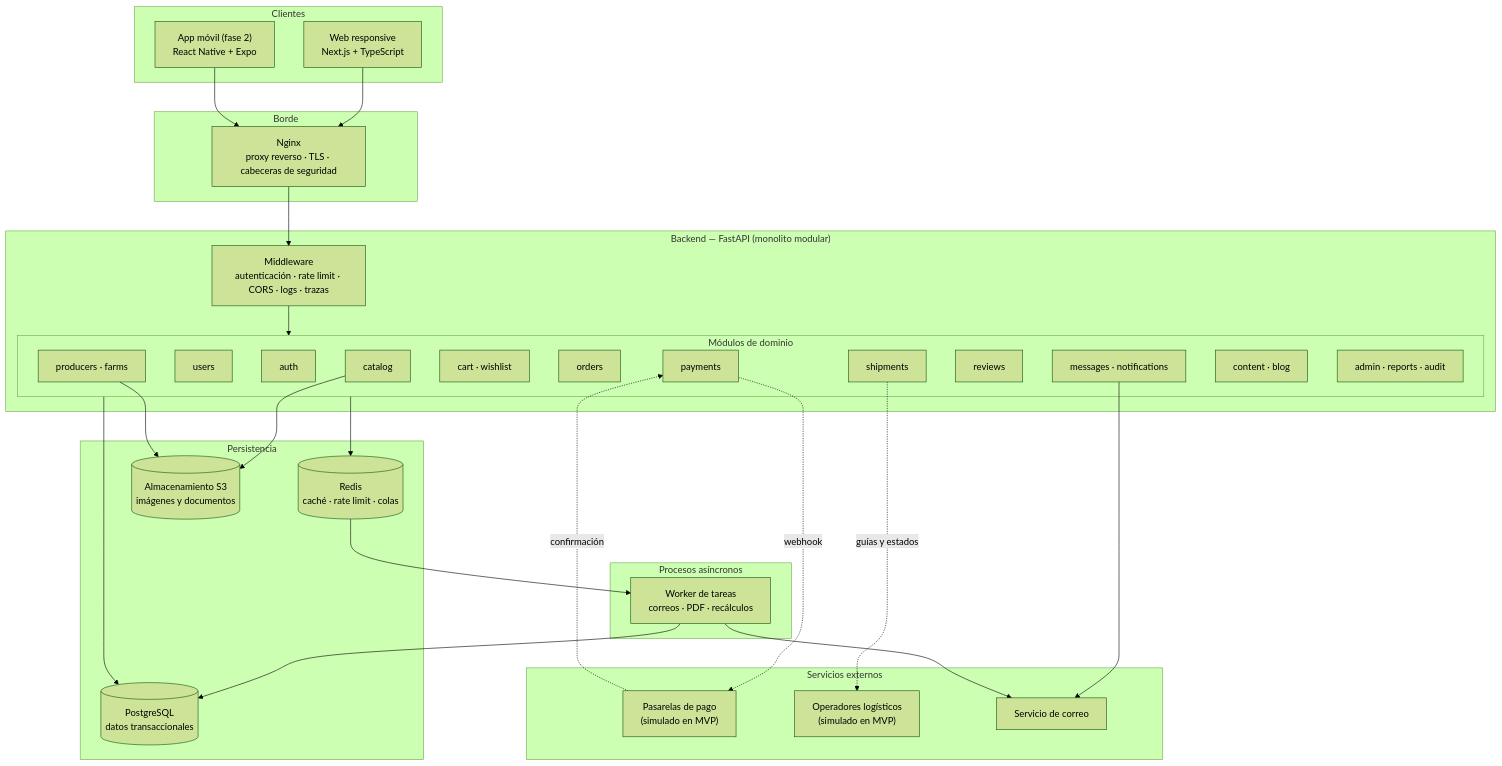
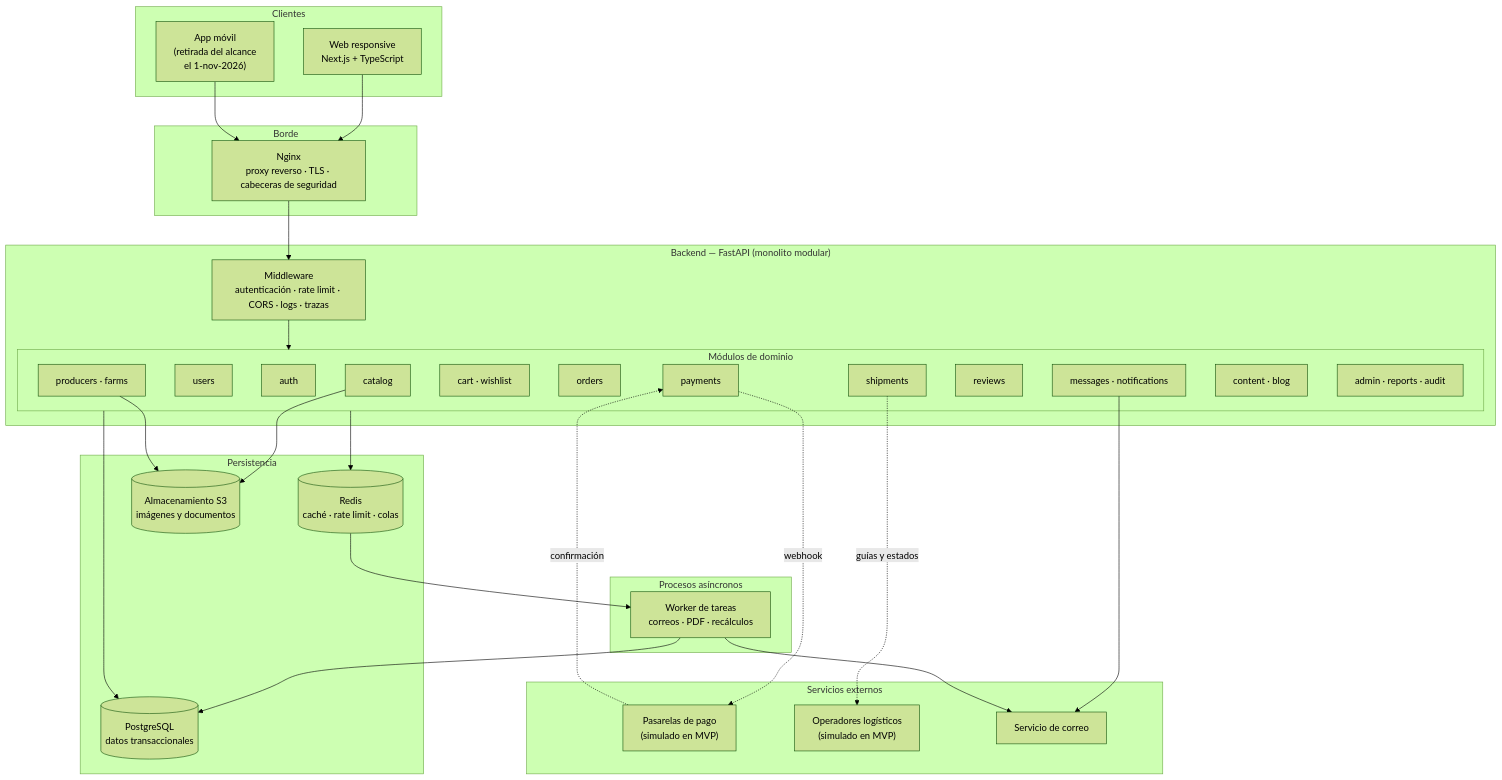
One commit to monjejuan448-ux/MONK-GRAIN-APP changed the first of 11 diagrams in docs/03-arquitectura-y-datos.md. Above: the diagram before and after it, drawn with Mermaid (forest theme). The commit also changed 45 other files, not shown here.

````diff
--- a/docs/03-arquitectura-y-datos.md
+++ b/docs/03-arquitectura-y-datos.md
@@ -59,64 +59,64 @@
 ```mermaid
 graph TB
     subgraph clients["Clientes"]
         WEB["Web responsive<br/>Next.js + TypeScript"]
-        MOB["App móvil (fase 2)<br/>React Native + Expo"]
+        MOB["App móvil<br/>(retirada del alcance<br/>el 1-nov-2026)"]
     end
 
     subgraph edge["Borde"]
         NGINX["Nginx<br/>proxy reverso · TLS · cabeceras de seguridad"]
     end
 
     subgraph api["Backend — FastAPI (monolito modular)"]
         MW["Middleware<br/>autenticación · rate limit · CORS · logs · trazas"]
         subgraph mods["Módulos de dominio"]
             M_AUTH["auth"]
             M_USERS["users"]
             M_PROD["producers · farms"]
             M_CAT["catalog"]
             M_CART["cart · wishlist"]
             M_ORD["orders"]
             M_PAY["payments"]
             M_SHIP["shipments"]
             M_REV["reviews"]
             M_MSG["messages · notifications"]
             M_CNT["content · blog"]
             M_ADM["admin · reports · audit"]
         end
     end
 
     subgraph ext["Servicios externos"]
         PAYPROV["Pasarelas de pago<br/>(simulado en MVP)"]
         CARRIER["Operadores logísticos<br/>(simulado en MVP)"]
         MAIL["Servicio de correo"]
     end
 
     subgraph data["Persistencia"]
         PG[("PostgreSQL<br/>datos transaccionales")]
         REDIS[("Redis<br/>caché · rate limit · colas")]
         S3[("Almacenamiento S3<br/>imágenes y documentos")]
     end
 
     subgraph workers["Procesos asíncronos"]
         WORKER["Worker de tareas<br/>correos · PDF · recálculos"]
     end
 
     WEB --> NGINX
     MOB --> NGINX
     NGINX --> MW
     MW --> mods
 
     M_PAY -.webhook.-> PAYPROV
     PAYPROV -.confirmación.-> M_PAY
     M_SHIP -.->|guías y estados| CARRIER
     M_MSG --> MAIL
 
     mods --> PG
     mods --> REDIS
     M_CAT --> S3
     M_PROD --> S3
 
     REDIS --> WORKER
     WORKER --> PG
     WORKER --> MAIL
 ```
````
